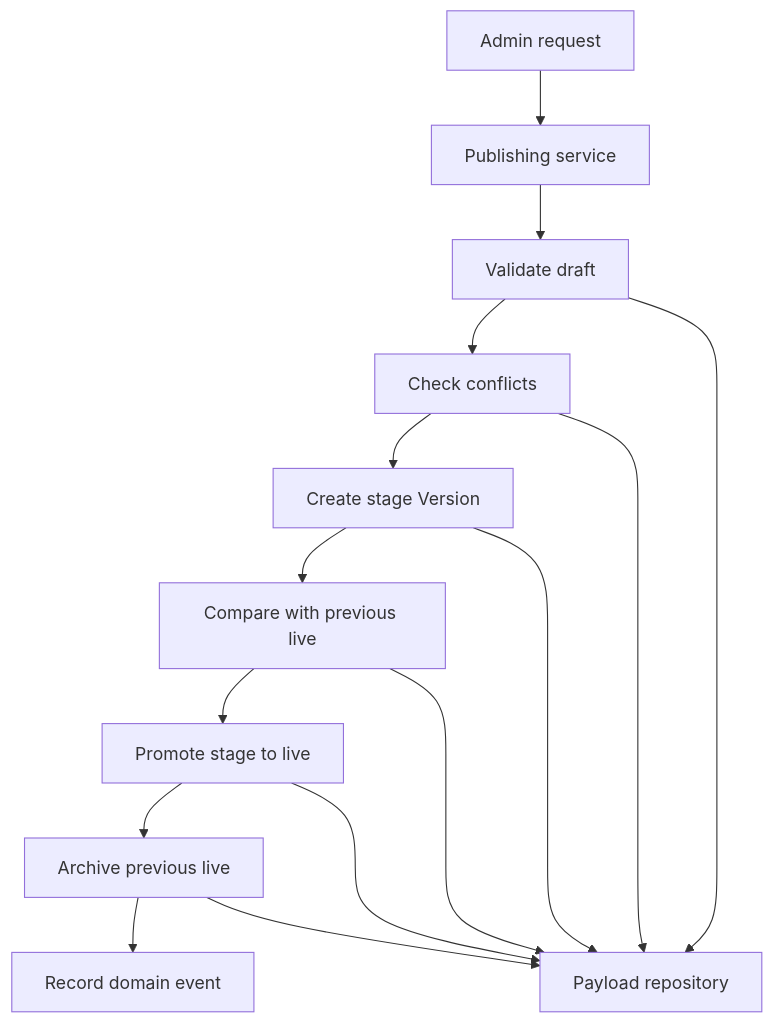
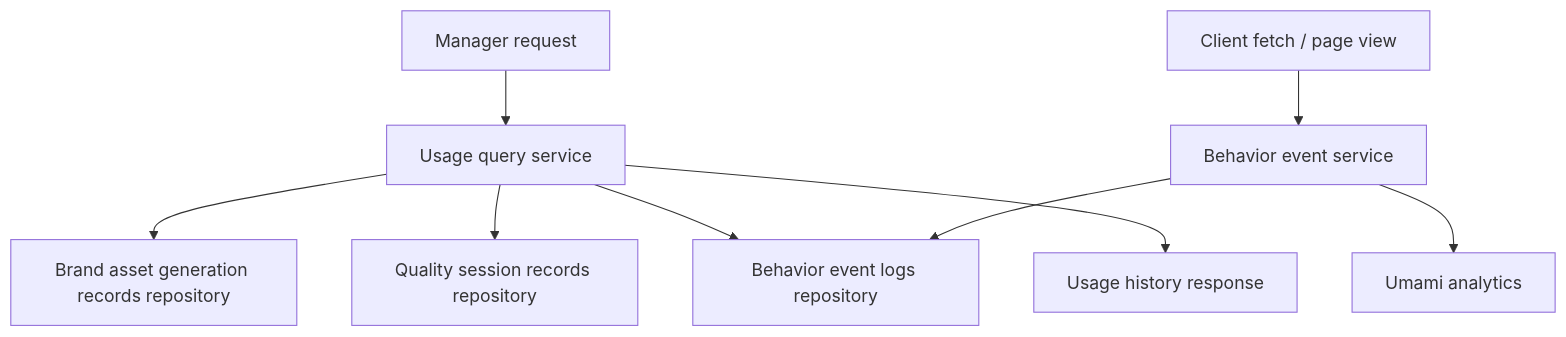
One commit to ewoooo/living-brand-system changed the fifth of 8 diagrams in docs/05-system-architecture.md. Above: the diagram before and after it, drawn with Mermaid. The commit also changed other lines of this file and 22 other files, not shown here.

````diff
--- a/docs/05-system-architecture.md
+++ b/docs/05-system-architecture.md
@@ -209,29 +460,22 @@
 ```mermaid
 flowchart TB
-  Request["Admin request"]
-  Service["Publishing service"]
-  Validate["Validate draft"]
-  Conflict["Check conflicts"]
-  Stage["Create stage Version"]
-  Compare["Compare with previous live"]
-  Publish["Promote stage to live"]
-  Archive["Archive previous live"]
-  Event["Record domain event"]
-  Repository["Payload repository"]
+  Manager["Manager request"]
+  UsageQuery["Usage query service"]
+  GenerationRecords["Brand asset generation records repository"]
+  QualityRecords["Quality session records repository"]
+  BehaviorRecords["Behavior event logs repository"]
+  UsageResponse["Usage history response"]
+  Client["Client fetch / page view"]
+  BehaviorService["Behavior event service"]
+  Analytics["Umami analytics"]
 
-  Request --> Service
-  Service --> Validate
-  Validate --> Conflict
-  Conflict --> Stage
-  Stage --> Compare
-  Compare --> Publish
-  Publish --> Archive
-  Archive --> Event
+  Manager --> UsageQuery
+  UsageQuery --> GenerationRecords
+  UsageQuery --> QualityRecords
+  UsageQuery --> BehaviorRecords
+  UsageQuery --> UsageResponse
 
-  Validate --> Repository
-  Conflict --> Repository
-  Stage --> Repository
-  Compare --> Repository
-  Publish --> Repository
-  Archive --> Repository
+  Client --> BehaviorService
+  BehaviorService --> BehaviorRecords
+  BehaviorService --> Analytics
 ```
````
